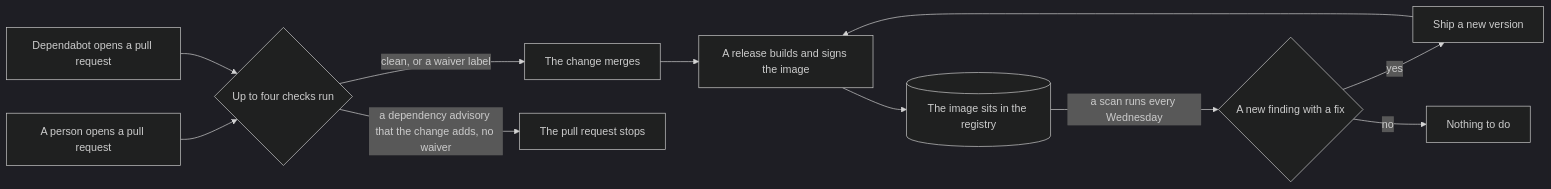
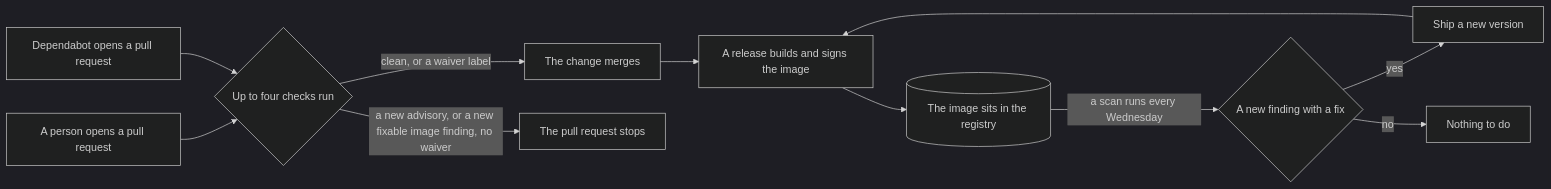
One commit to Unique-AG/connectors changed the diagram in SECURITY-PROCESS.md. Above: the diagram before and after it, drawn with Mermaid (dark theme). The commit also changed other lines of this file and 4 other files, not shown here.

````diff
--- a/SECURITY-PROCESS.md
+++ b/SECURITY-PROCESS.md
@@ -13,13 +11,13 @@
 ```mermaid
 flowchart LR
   author[A person opens a pull request] --> checks
   dependabot[Dependabot opens a pull request] --> checks
   checks{Up to four checks run} -->|clean, or a waiver label| merge[The change merges]
-  checks -->|a dependency advisory that the change adds, no waiver| stop[The pull request stops]
+  checks -->|a new advisory, or a new fixable image finding, no waiver| stop[The pull request stops]
   merge --> release[A release builds and signs the image]
   release --> registry[(The image sits in the registry)]
   registry -->|a scan runs every Wednesday| found{A new finding with a fix}
   found -->|yes| again[Ship a new version]
   found -->|no| quiet[Nothing to do]
   again --> release
 ```
````
